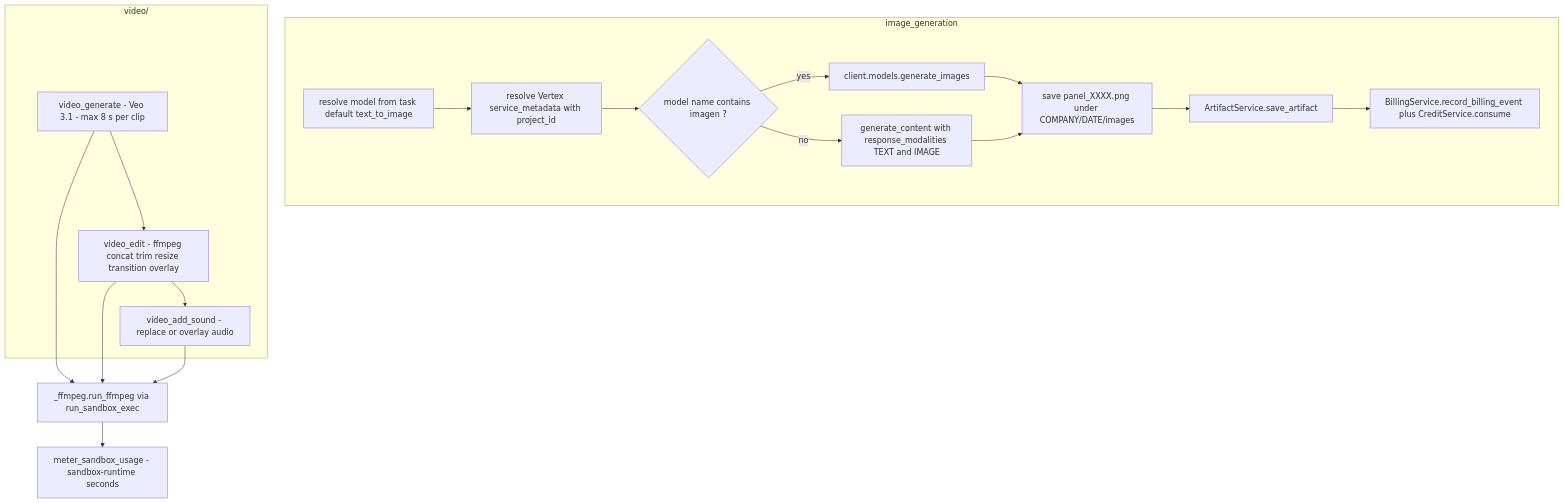
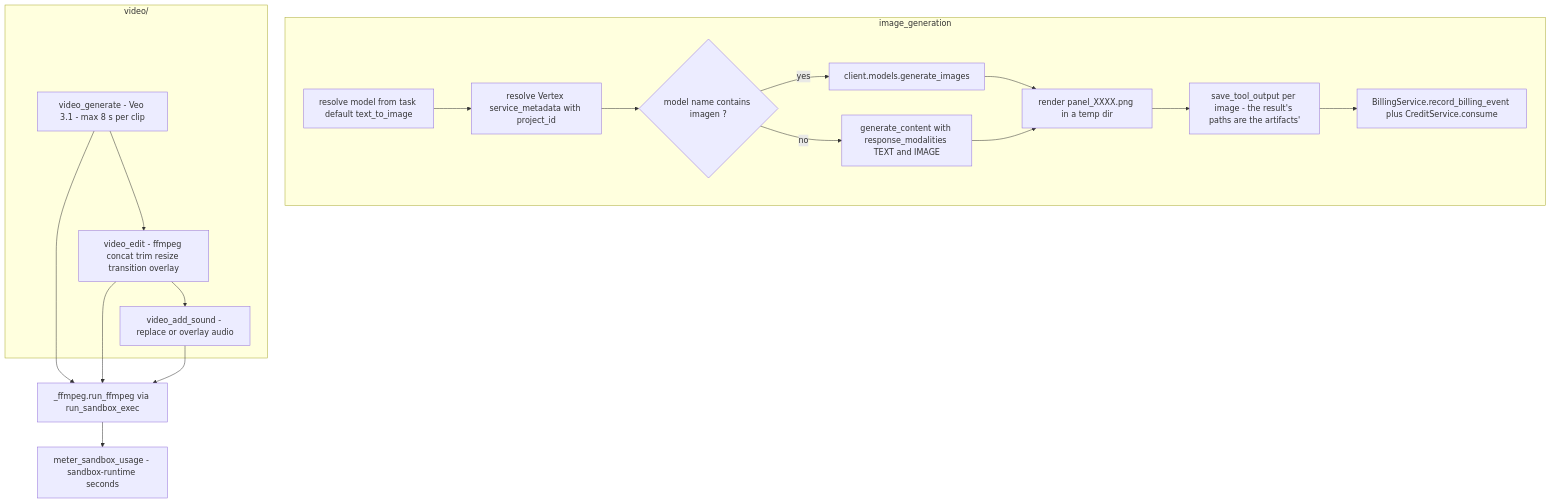
Before and after one commit to gondolerahul/hire-buddha-app: the tenth of 23 diagrams in docs/current/09-tools.md, drawn with Mermaid. The commit also changed other lines of this file and 28 other files, not shown here.

````diff
--- a/docs/current/09-tools.md
+++ b/docs/current/09-tools.md
@@ -816,21 +832,21 @@
 ```mermaid
 flowchart TD
     subgraph IMG["image_generation"]
         I1["resolve model from task default text_to_image"] --> I2["resolve Vertex service_metadata with project_id"]
         I2 --> I3{"model name contains imagen ?"}
         I3 -->|yes| I4["client.models.generate_images"]
         I3 -->|no| I5["generate_content with response_modalities TEXT and IMAGE"]
-        I4 --> I6["save panel_XXXX.png under COMPANY/DATE/images"]
+        I4 --> I6["render panel_XXXX.png in a temp dir"]
         I5 --> I6
-        I6 --> I7["ArtifactService.save_artifact"]
+        I6 --> I7["save_tool_output per image - the result's paths are the artifacts'"]
         I7 --> I8["BillingService.record_billing_event plus CreditService.consume"]
     end
     subgraph VID["video/"]
         V1["video_generate - Veo 3.1 - max 8 s per clip"] --> V2["video_edit - ffmpeg concat trim resize transition overlay"]
         V2 --> V3["video_add_sound - replace or overlay audio"]
     end
     V1 --> FF["_ffmpeg.run_ffmpeg via run_sandbox_exec"]
     V2 --> FF
     V3 --> FF
     FF --> MET["meter_sandbox_usage - sandbox-runtime seconds"]
 ```
````
